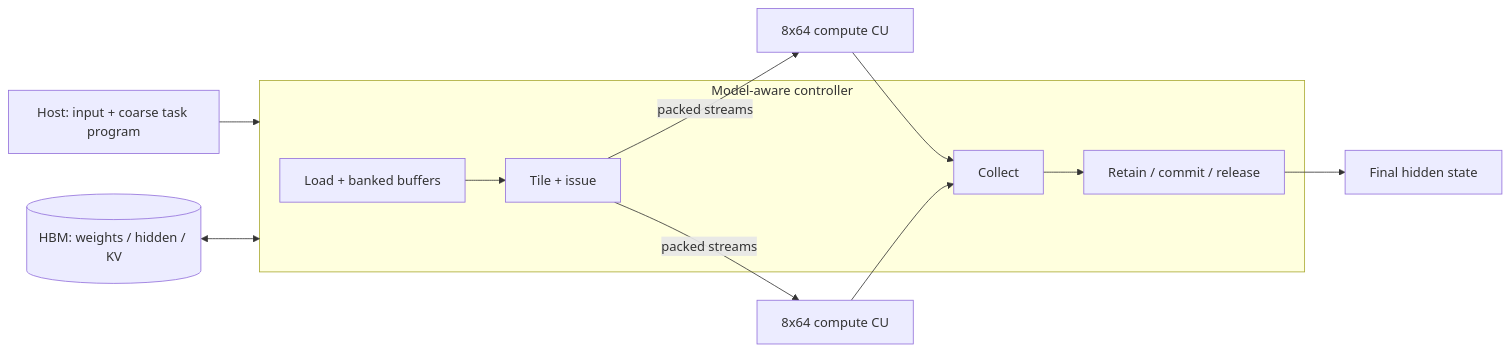
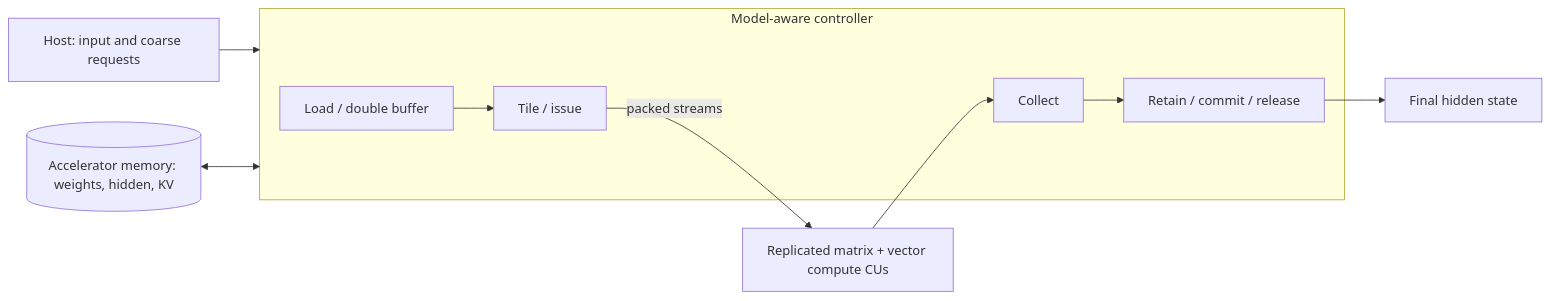
The diagram in README.md (TruNcat3/LLM-ACCEL), drawn with Mermaid before and after one commit. The commit also changed other lines of this file and 224 other files, not shown here.

````diff
--- a/README.md
+++ b/README.md
@@ -48,14 +19,12 @@
 ```mermaid
 flowchart LR
-    H[Host: input + coarse task program] --> C
-    M[(HBM: weights / hidden / KV)] <--> C
+    H[Host: input and coarse requests] --> C
+    M[(Accelerator memory: weights, hidden, KV)] <--> C
     subgraph C[Model-aware controller]
-      L[Load + banked buffers] --> D[Tile + issue]
-      R[Collect] --> S[Retain / commit / release]
+        L[Load / double buffer] --> I[Tile / issue]
+        R[Collect] --> S[Retain / commit / release]
     end
-    D -->|packed streams| U0[8x64 compute CU]
-    D -->|packed streams| U1[8x64 compute CU]
-    U0 --> R
-    U1 --> R
+    I -->|packed streams| U[Replicated matrix + vector compute CUs]
+    U --> R
     S --> O[Final hidden state]
 ```
````
